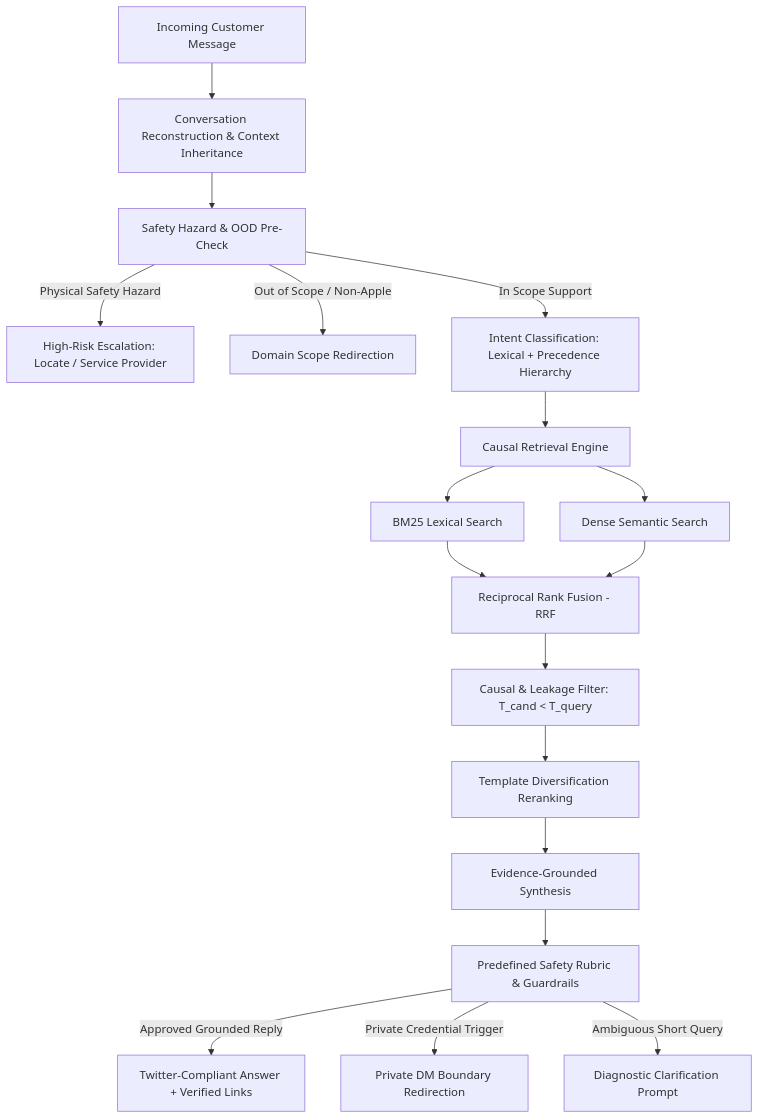
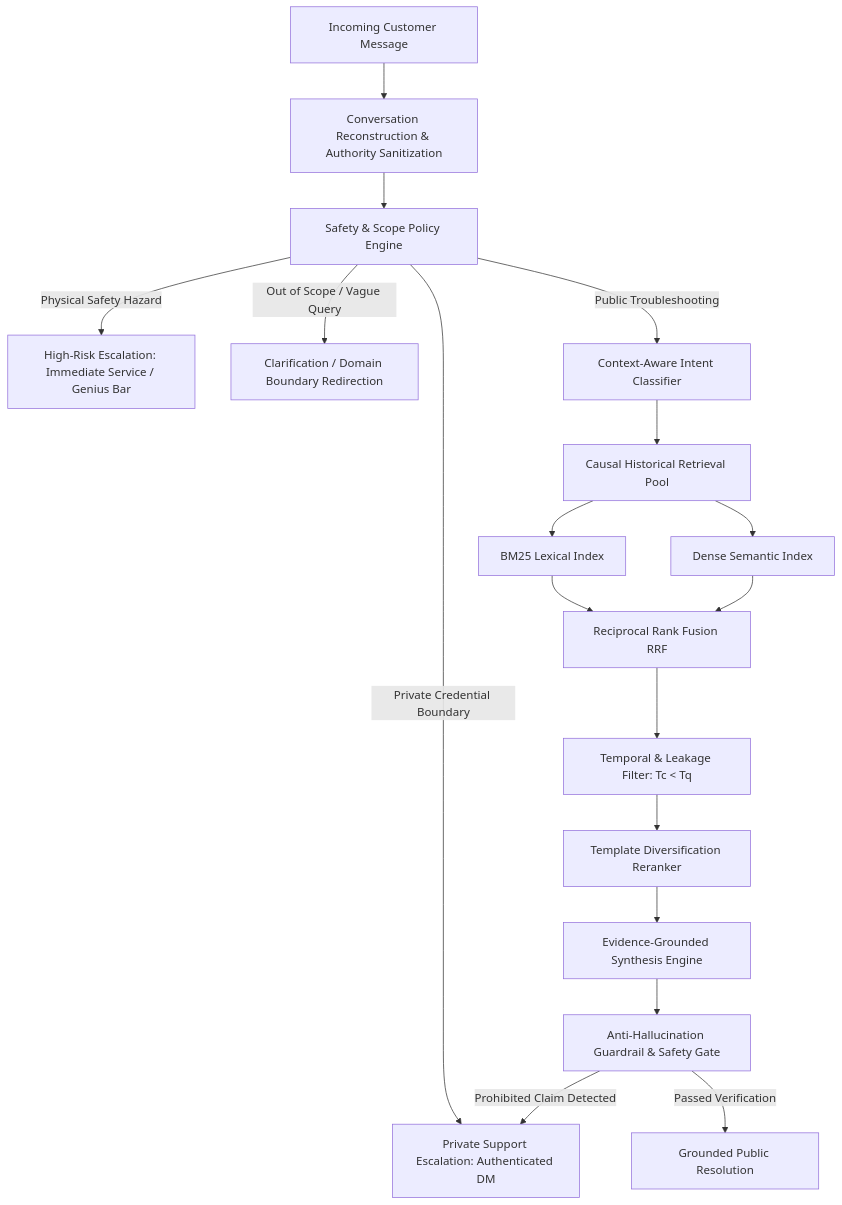
One commit to mugenkyou/support-agent changed the first of 2 diagrams in README.md. Above: the diagram before and after it, drawn with Mermaid. The commit also changed other lines of this file and 1 other file, not shown here.

````diff
--- a/README.md
+++ b/README.md
@@ -40,26 +75,24 @@
 ```mermaid
 flowchart TD
-    A[Incoming Customer Message] --> B[Conversation Reconstruction & Context Inheritance]
-    B --> C[Safety Hazard & OOD Pre-Check]
-
-    C -->|Physical Safety Hazard| H1[High-Risk Escalation: Locate / Service Provider]
-    C -->|Out of Scope / Non-Apple| O1[Domain Scope Redirection]
-    C -->|In Scope Support| D[Intent Classification: Lexical + Precedence Hierarchy]
-
-    D --> E[Causal Retrieval Engine]
-    E --> E1[BM25 Lexical Search]
-    E --> E2[Dense Semantic Search]
-
-    E1 --> F[Reciprocal Rank Fusion - RRF]
-    E2 --> F
-
-    F --> G[Causal & Leakage Filter: T_cand < T_query]
-    G --> H2[Template Diversification Reranking]
-
-    H2 --> I[Evidence-Grounded Synthesis]
-    I --> J[Predefined Safety Rubric & Guardrails]
-
-    J -->|Approved Grounded Reply| K[Twitter-Compliant Answer + Verified Links]
-    J -->|Private Credential Trigger| L[Private DM Boundary Redirection]
-    J -->|Ambiguous Short Query| M[Diagnostic Clarification Prompt]
+    A[Incoming Customer Message] --> B[Conversation Reconstruction & Authority Sanitization]
+    B --> C[Safety & Scope Policy Engine]
+    
+    C -->|Physical Safety Hazard| N1[High-Risk Escalation: Immediate Service / Genius Bar]
+    C -->|Private Credential Boundary| N2[Private Support Escalation: Authenticated DM]
+    C -->|Out of Scope / Vague Query| O[Clarification / Domain Boundary Redirection]
+    C -->|Public Troubleshooting| D[Context-Aware Intent Classifier]
+    
+    D --> E[Causal Historical Retrieval Pool]
+    E --> F[BM25 Lexical Index]
+    E --> G[Dense Semantic Index]
+    F --> H[Reciprocal Rank Fusion RRF]
+    G --> H
+    
+    H --> I[Temporal & Leakage Filter: Tc < Tq]
+    I --> J[Template Diversification Reranker]
+    J --> K[Evidence-Grounded Synthesis Engine]
+    K --> L[Anti-Hallucination Guardrail & Safety Gate]
+    
+    L -->|Passed Verification| M[Grounded Public Resolution]
+    L -->|Prohibited Claim Detected| N2
 ```
````
